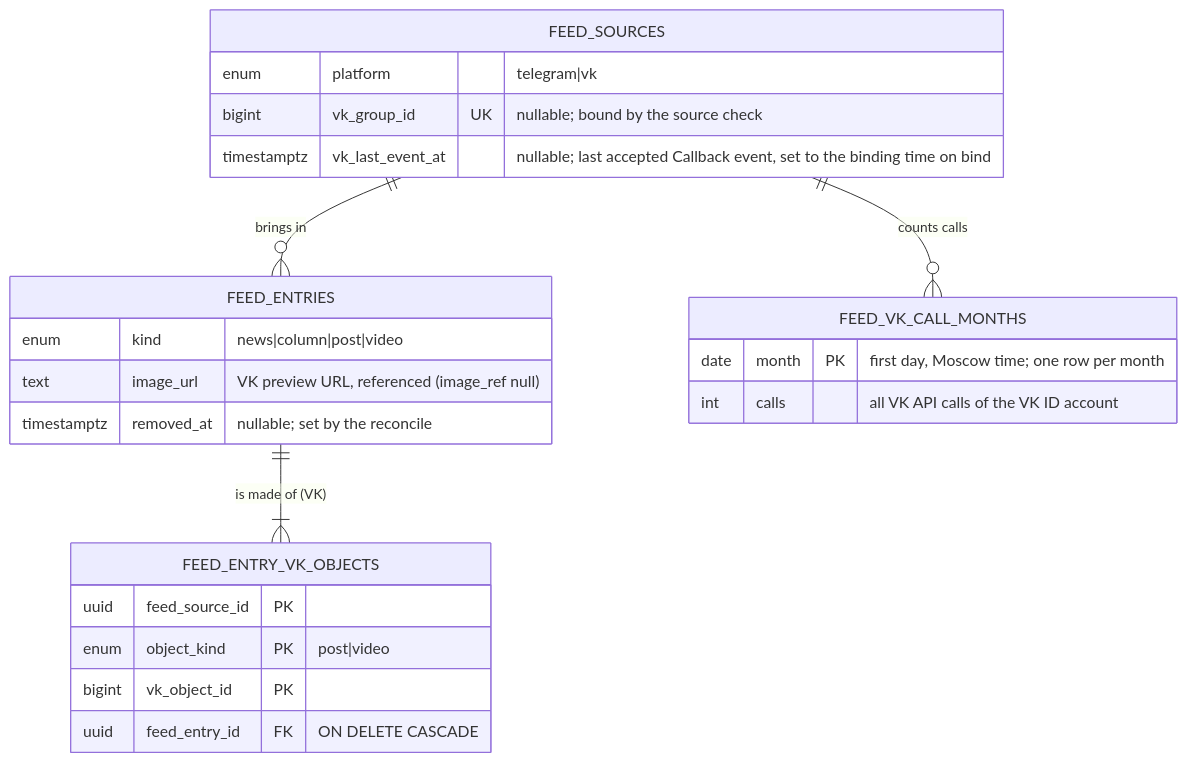
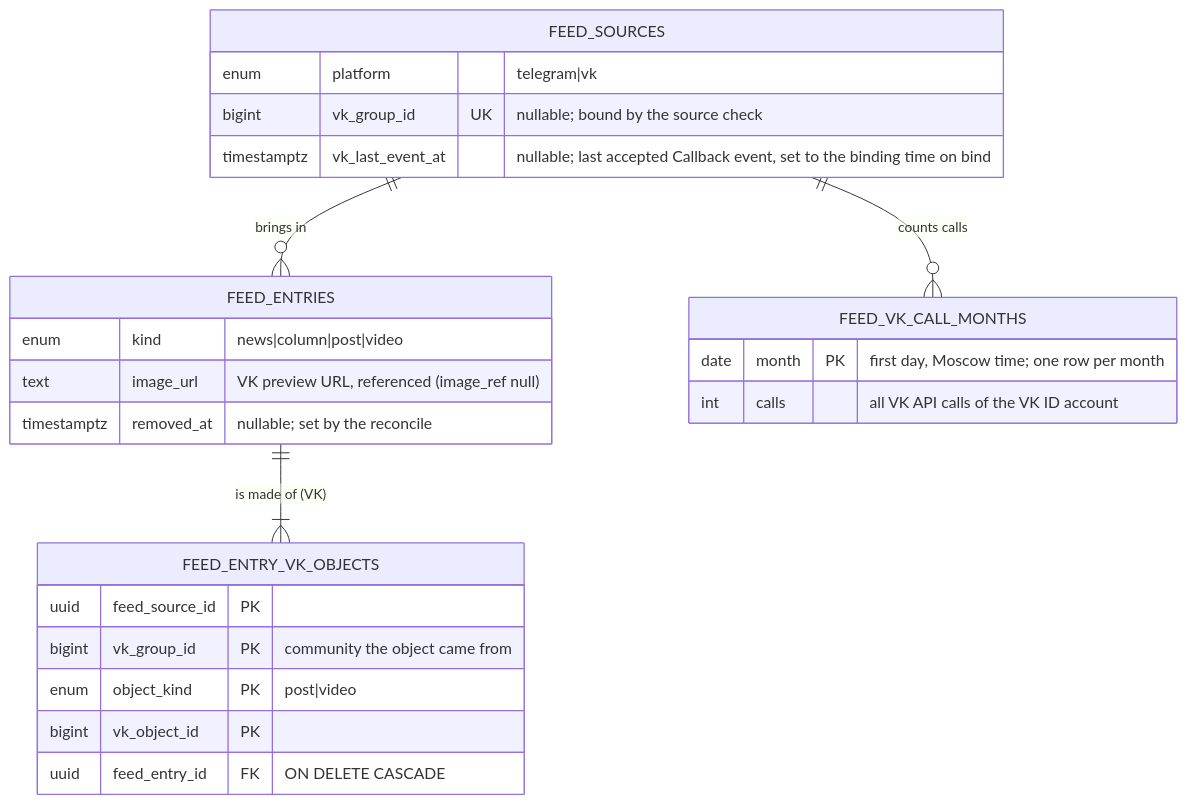
One commit to doctor-school/ds-platform changed the ninth of 12 diagrams in apps/docs/content/specs/features/048-materials-feed/048-design.md. Above: the diagram before and after it, drawn with Mermaid. The commit also changed other lines of this file and 84 other files, not shown here.

````diff
--- a/apps/docs/content/specs/features/048-materials-feed/048-design.md
+++ b/apps/docs/content/specs/features/048-materials-feed/048-design.md
@@ -561,26 +561,27 @@
 ```mermaid
 erDiagram
   FEED_SOURCES ||--o{ FEED_ENTRIES : "brings in"
   FEED_ENTRIES ||--|{ FEED_ENTRY_VK_OBJECTS : "is made of (VK)"
   FEED_SOURCES ||--o{ FEED_VK_CALL_MONTHS : "counts calls"
   FEED_SOURCES {
     enum platform "telegram|vk"
     bigint vk_group_id UK "nullable; bound by the source check"
     timestamptz vk_last_event_at "nullable; last accepted Callback event, set to the binding time on bind"
   }
   FEED_ENTRIES {
     enum kind "news|column|post|video"
     text image_url "VK preview URL, referenced (image_ref null)"
     timestamptz removed_at "nullable; set by the reconcile"
   }
   FEED_ENTRY_VK_OBJECTS {
     uuid feed_source_id PK
+    bigint vk_group_id PK "community the object came from"
     enum object_kind PK "post|video"
     bigint vk_object_id PK
     uuid feed_entry_id FK "ON DELETE CASCADE"
   }
   FEED_VK_CALL_MONTHS {
     date month PK "first day, Moscow time; one row per month"
     int calls "all VK API calls of the VK ID account"
   }
 ```
````
